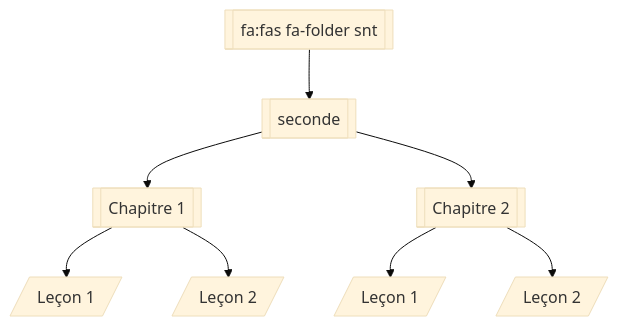
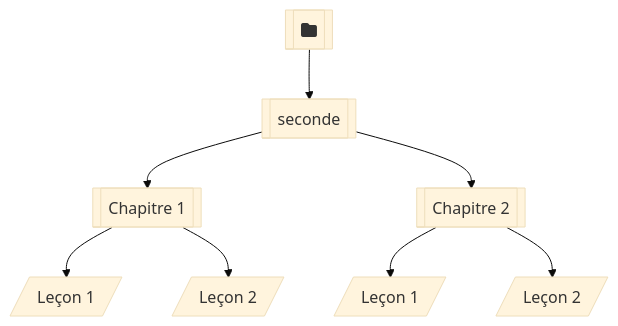
Before and after one commit to boddaert/snt: the diagram in seconde/Introduction/Introduction.md, drawn with Mermaid (base theme).

````diff
--- a/seconde/Introduction/Introduction.md
+++ b/seconde/Introduction/Introduction.md
@@ -5,10 +5,10 @@
 ```mermaid
     flowchart TB;
-        A[["fa:fas fa-folder snt"]]-->B[[seconde]];
+        A[["fa:fa-folder"]]-->B[[seconde]];
         B[[seconde]]-->C[[Chapitre 1]];
         B[[seconde]]-->F[[Chapitre 2]];
         C[[Chapitre 1]]-->D[/Leçon 1/];
         C[[Chapitre 1]]-->E[/Leçon 2/];
         F[[Chapitre 2]]-->G[/Leçon 1/];
         F[[Chapitre 2]]-->H[/Leçon 2/];
 ```
````
